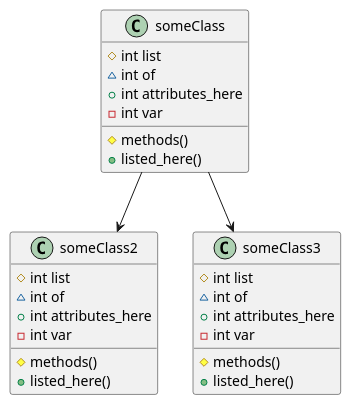
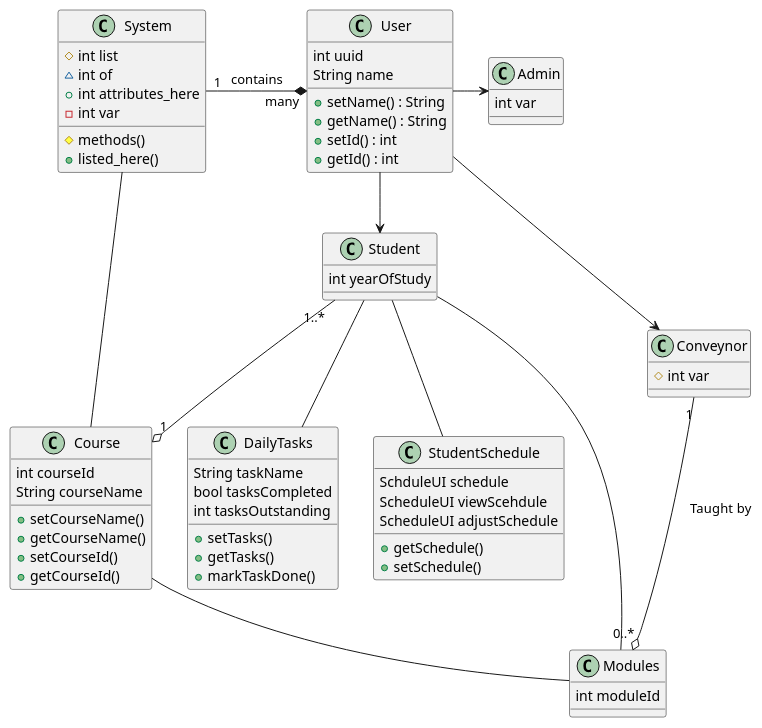
The diagram in Class_Diagram.pu (youssefsadquy/Study-Scheduler), drawn with PlantUML before and after one commit.

Commit message:
Added to Class Diagram

```diff
--- a/Class_Diagram.pu
+++ b/Class_Diagram.pu
@@ -15,36 +15,86 @@
 @startuml Class_Diagram
 
-class someClass {
+class System {
     #int list
     ~int of
     +int attributes_here
     -int var
 
     # methods()
     + listed_here()
 }
 
-class someClass2 {
-    #int list
-    ~int of
-    +int attributes_here
-    -int var
+class User {
+    int uuid
+    String name
 
-    # methods()
-    + listed_here()
+    + setName() : String
+    + getName() : String
+    + setId() : int
+    + getId() : int
 }
 
-class someClass3 {
-    #int list
-    ~int of
-    +int attributes_here
-    -int var
-
-    # methods()
-    + listed_here()
+class Student {
+    int yearOfStudy
 }
 
-someClass --> someClass2
-someClass --> someClass3
+class Conveynor {
+    #int var
+}
+
+class Admin {
+    int var
+}
+
+class Course {
+    int courseId
+    String courseName
+
+    + setCourseName()
+    + getCourseName()
+    + setCourseId()
+    + getCourseId()
+
+}
+
+class DailyTasks {
+    String taskName
+    bool tasksCompleted
+    int tasksOutstanding
+
+    + setTasks()
+    + getTasks()
+    + markTaskDone()
+}
+
+class StudentSchedule {
+    SchduleUI schedule
+    ScheduleUI viewScehdule
+    ScheduleUI adjustSchedule
+    + getSchedule()
+    + setSchedule()
+}
+
+class Modules {
+    int moduleId
+}
+
+'System can exist without user but not the other way around
+System "1" -* "many" User : contains
+
+User --> Conveynor
+User -> Admin
+User --> Student
+
+Conveynor "1" --o "0..*" Modules : "Taught by"
+Student "1..*" --o "1" Course
+Student -- Modules
+
+System -- Course
+
+Course -- Modules
+
+Student -- DailyTasks
+Student -- StudentSchedule
 
 @enduml
```
